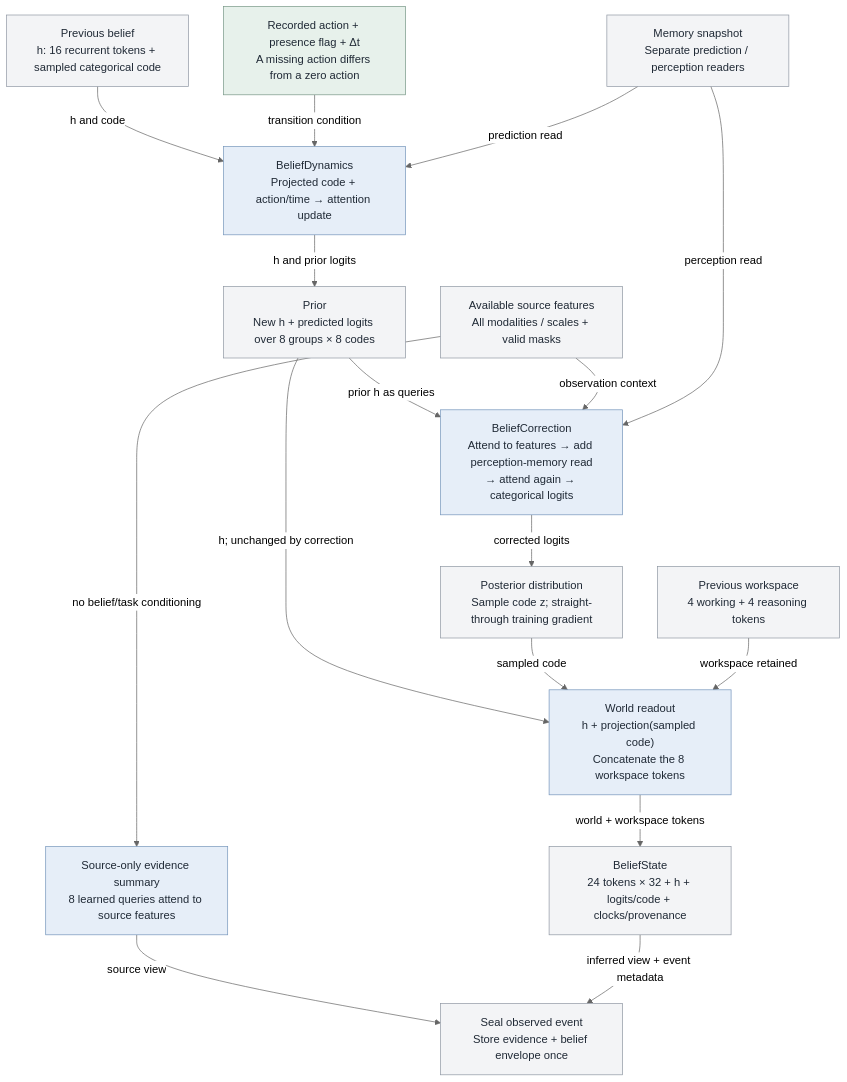
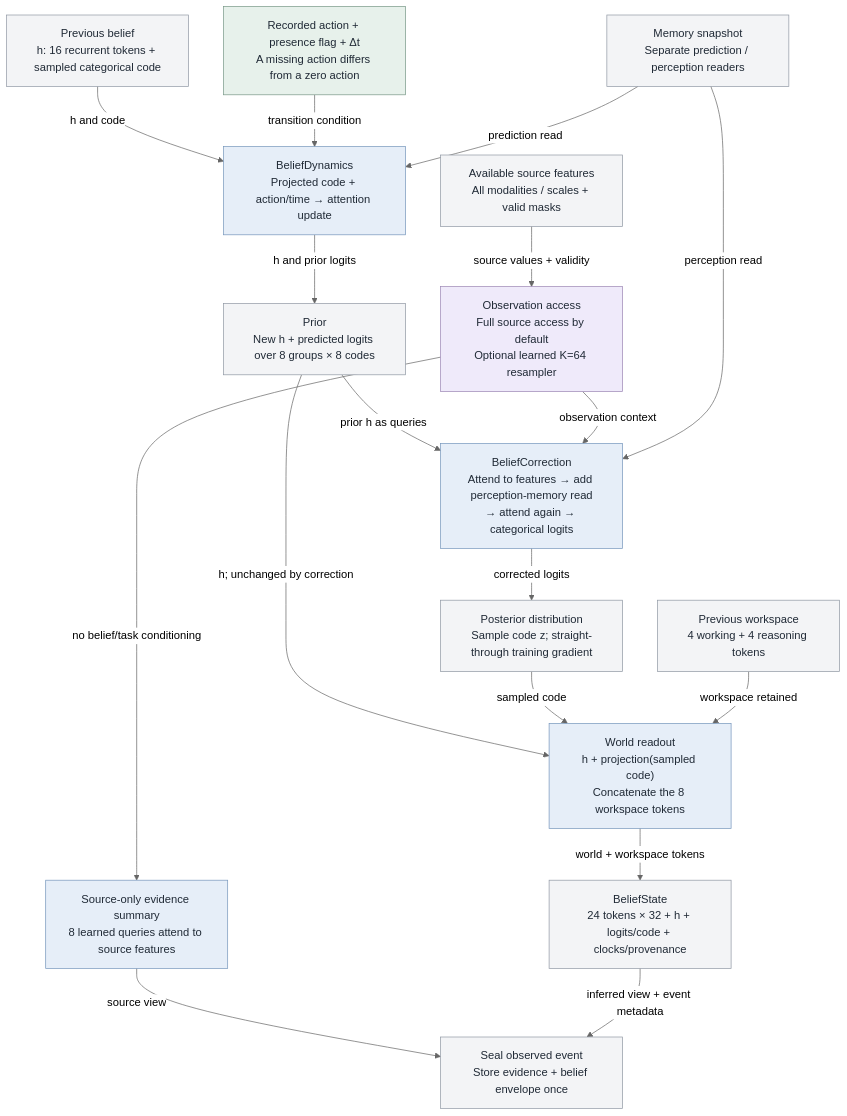
Before and after one commit to intrinsicD/path-wm: the fourth of 16 diagrams in docs/architecture-atlas.md, drawn with Mermaid (neutral theme). The commit also changed other lines of this file and 15 other files, not shown here.

````diff
--- a/docs/architecture-atlas.md
+++ b/docs/architecture-atlas.md
@@ -285,50 +291,53 @@
 ```mermaid
 flowchart TB
     previous["Previous belief<br/>h: 16 recurrent tokens + sampled categorical code"]
     class previous store;
     action["Recorded action + presence flag + Δt<br/>A missing action differs from a zero action"]
     class action external;
     memory["Memory snapshot<br/>Separate prediction / perception readers"]
     class memory store;
     dynamics["BeliefDynamics<br/>Projected code + action/time → attention update"]
     class dynamics learned;
     prior["Prior<br/>New h + predicted logits over 8 groups × 8 codes"]
     class prior store;
     features["Available source features<br/>All modalities / scales + valid masks"]
     class features store;
+    access["Observation access<br/>Full source access by default<br/>Optional learned K=64 resampler"]
+    class access optional;
     correct["BeliefCorrection<br/>Attend to features → add perception-memory read<br/>→ attend again → categorical logits"]
     class correct learned;
     posterior["Posterior distribution<br/>Sample code z; straight-through training gradient"]
     class posterior store;
     workspace["Previous workspace<br/>4 working + 4 reasoning tokens"]
     class workspace store;
     readout["World readout<br/>h + projection(sampled code)<br/>Concatenate the 8 workspace tokens"]
     class readout learned;
     state["BeliefState<br/>24 tokens × 32 + h + logits/code + clocks/provenance"]
     class state store;
     evidence["Source-only evidence summary<br/>8 learned queries attend to source features"]
     class evidence learned;
     commit["Seal observed event<br/>Store evidence + belief envelope once"]
     class commit store;
     previous -->|"h and code"| dynamics
     action -->|"transition condition"| dynamics
     memory -->|"prediction read"| dynamics
     dynamics -->|"h and prior logits"| prior
     prior -->|"prior h as queries"| correct
-    features -->|"observation context"| correct
+    features -->|"source values + validity"| access
+    access -->|"observation context"| correct
     memory -->|"perception read"| correct
     correct -->|"corrected logits"| posterior
     prior -->|"h; unchanged by correction"| readout
     posterior -->|"sampled code"| readout
     workspace -->|"workspace retained"| readout
     readout -->|"world + workspace tokens"| state
-    features -->|"no belief/task conditioning"| evidence
+    access -->|"no belief/task conditioning"| evidence
     evidence -->|"source view"| commit
     state -->|"inferred view + event metadata"| commit
     classDef learned fill:#e6eef8,stroke:#7696bc,color:#202a36;
     classDef store fill:#f3f4f6,stroke:#9098a4,color:#202a36;
     classDef external fill:#e7f1eb,stroke:#789887,color:#202a36;
     classDef optional fill:#efeafa,stroke:#9c87b5,color:#202a36;
     classDef training fill:#fff0db,stroke:#bd934d,color:#202a36;
     classDef proposal fill:#fafafa,stroke:#9b9b9b,color:#202a36,stroke-dasharray:5 4;
 ```
````
